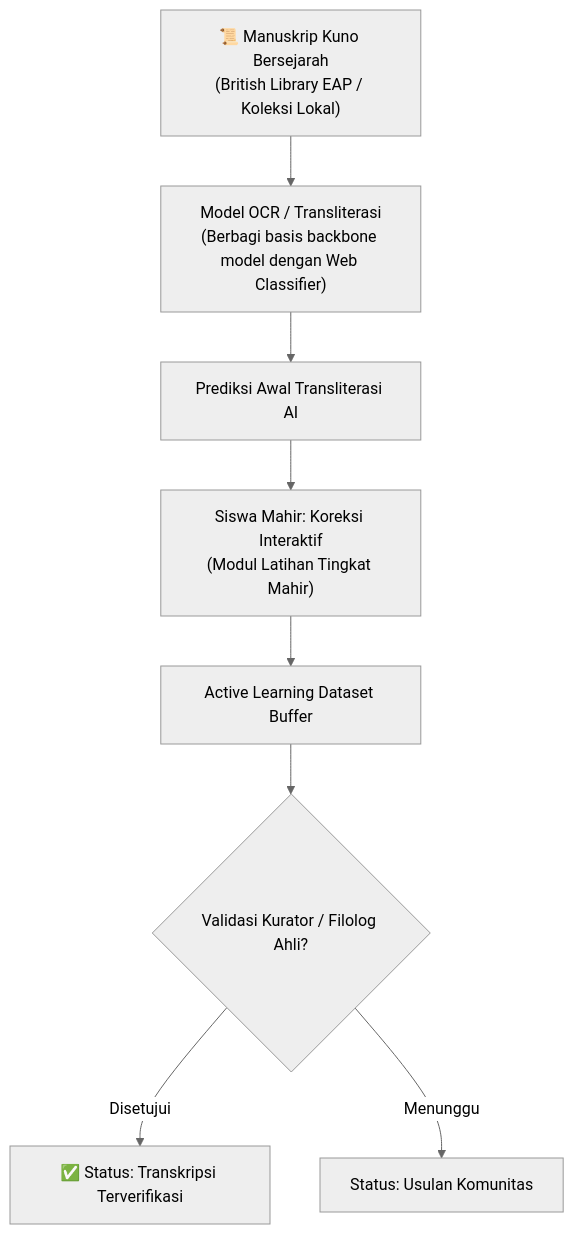
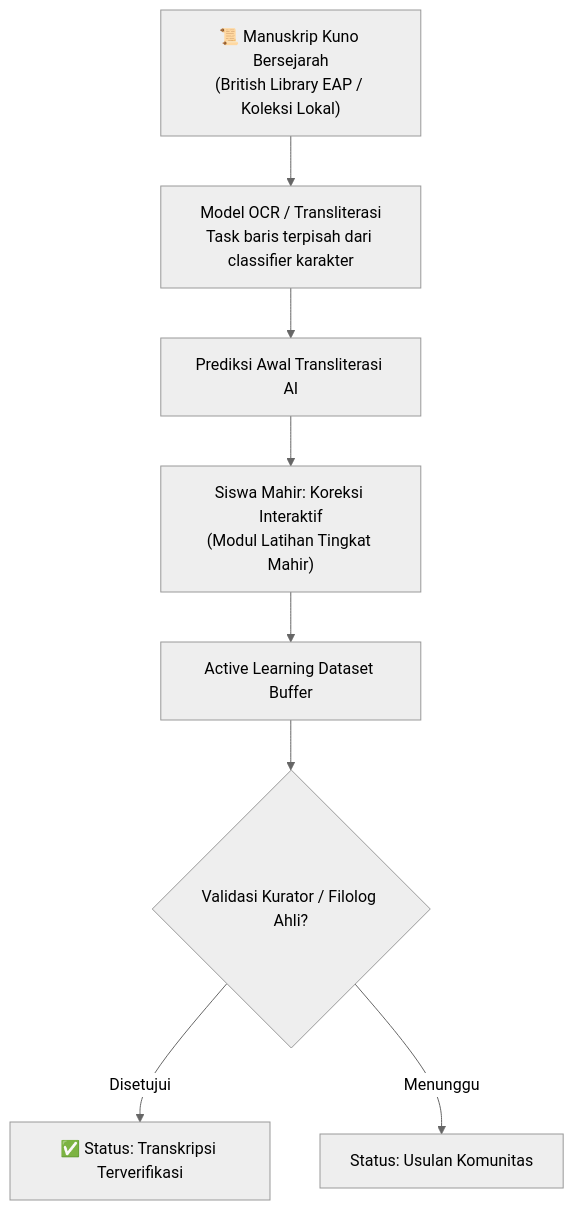
Before and after one commit to EvanCN10/aksantara: the fourth of 6 diagrams in context/AKSANTARA-SSOT-v3.1.md, drawn with Mermaid (neutral theme). The commit also changed other lines of this file and 6 other files, not shown here.

Commit message:
docs(ssot): update SSOT v3.1, roadmap plans, and project specifications

````diff
--- a/context/AKSANTARA-SSOT-v3.1.md
+++ b/context/AKSANTARA-SSOT-v3.1.md
@@ -162,10 +162,10 @@
 ```mermaid
 flowchart TD
-    J["📜 Manuskrip Kuno Bersejarah\n(British Library EAP / Koleksi Lokal)"] --> K["Model OCR / Transliterasi\n(Berbagi basis backbone model dengan Web Classifier)"]
+    J["📜 Manuskrip Kuno Bersejarah\n(British Library EAP / Koleksi Lokal)"] --> K["Model OCR / Transliterasi\nTask baris terpisah dari classifier karakter"]
     K --> L["Prediksi Awal Transliterasi AI"]
     L --> M["Siswa Mahir: Koreksi Interaktif\n(Modul Latihan Tingkat Mahir)"]
     M --> N["Active Learning Dataset Buffer"]
     N --> O{"Validasi Kurator / Filolog Ahli?"}
     O -->|Disetujui| P["✅ Status: Transkripsi Terverifikasi"]
     O -->|Menunggu| Q["Status: Usulan Komunitas"]
 ```
````
